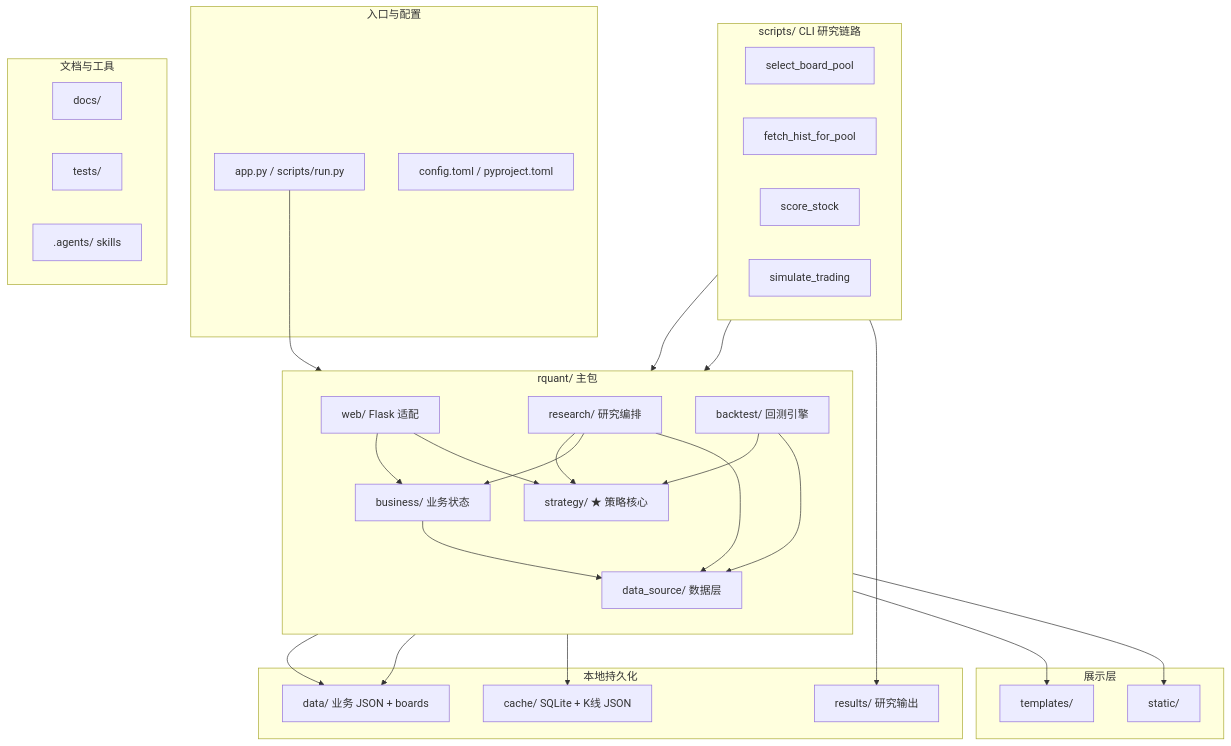
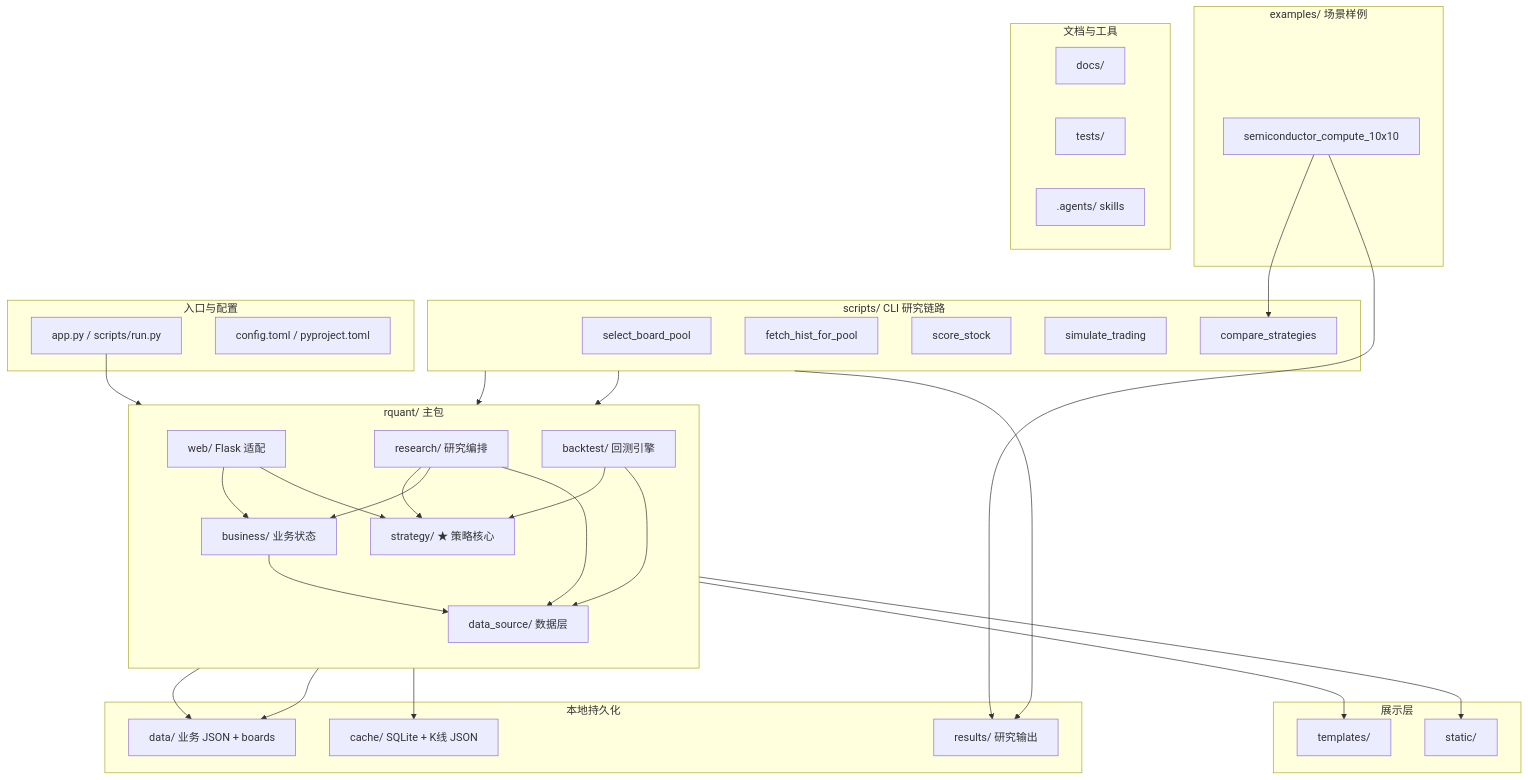
Before and after one commit to q531019067-boop/RetailQuant: the diagram in docs/大纲.md, drawn with Mermaid. The commit also changed other lines of this file and 318 other files, not shown here.

````diff
--- a/docs/大纲.md
+++ b/docs/大纲.md
@@ -68,59 +69,66 @@
 ```mermaid
 flowchart TB
   subgraph entry["入口与配置"]
     app["app.py / scripts/run.py"]
     cfg["config.toml / pyproject.toml"]
   end
 
   subgraph core["rquant/ 主包"]
     direction TB
     S["strategy/ ★ 策略核心"]
     B["business/ 业务状态"]
     D["data_source/ 数据层"]
     W["web/ Flask 适配"]
     R["research/ 研究编排"]
     BT["backtest/ 回测引擎"]
   end
 
   subgraph cli["scripts/ CLI 研究链路"]
     sel["select_board_pool"]
     fetch["fetch_hist_for_pool"]
     score["score_stock"]
     sim["simulate_trading"]
+    cmp["compare_strategies"]
+  end
+
+  subgraph examples["examples/ 场景样例"]
+    ex10["semiconductor_compute_10x10"]
   end
 
   subgraph ui["展示层"]
     tpl["templates/"]
     css["static/"]
   end
 
   subgraph persist["本地持久化"]
     data["data/ 业务 JSON + boards"]
     cache["cache/ SQLite + K线 JSON"]
     res["results/ 研究输出"]
   end
 
   subgraph meta["文档与工具"]
     docs["docs/"]
     tests["tests/"]
     agents[".agents/ skills"]
   end
 
   app --> W
   W --> B
   W --> S
   B --> D
   cli --> R
   cli --> BT
   R --> S
   R --> B
   R --> D
   BT --> S
   BT --> D
   D --> cache
   D --> data
   cli --> res
+  ex10 --> cmp
+  ex10 --> res
   W --> tpl
   W --> css
   B --> data
 ```
````
